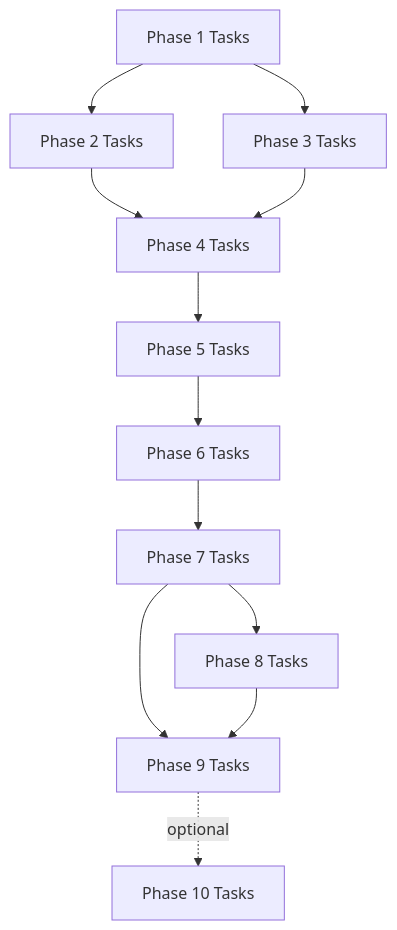
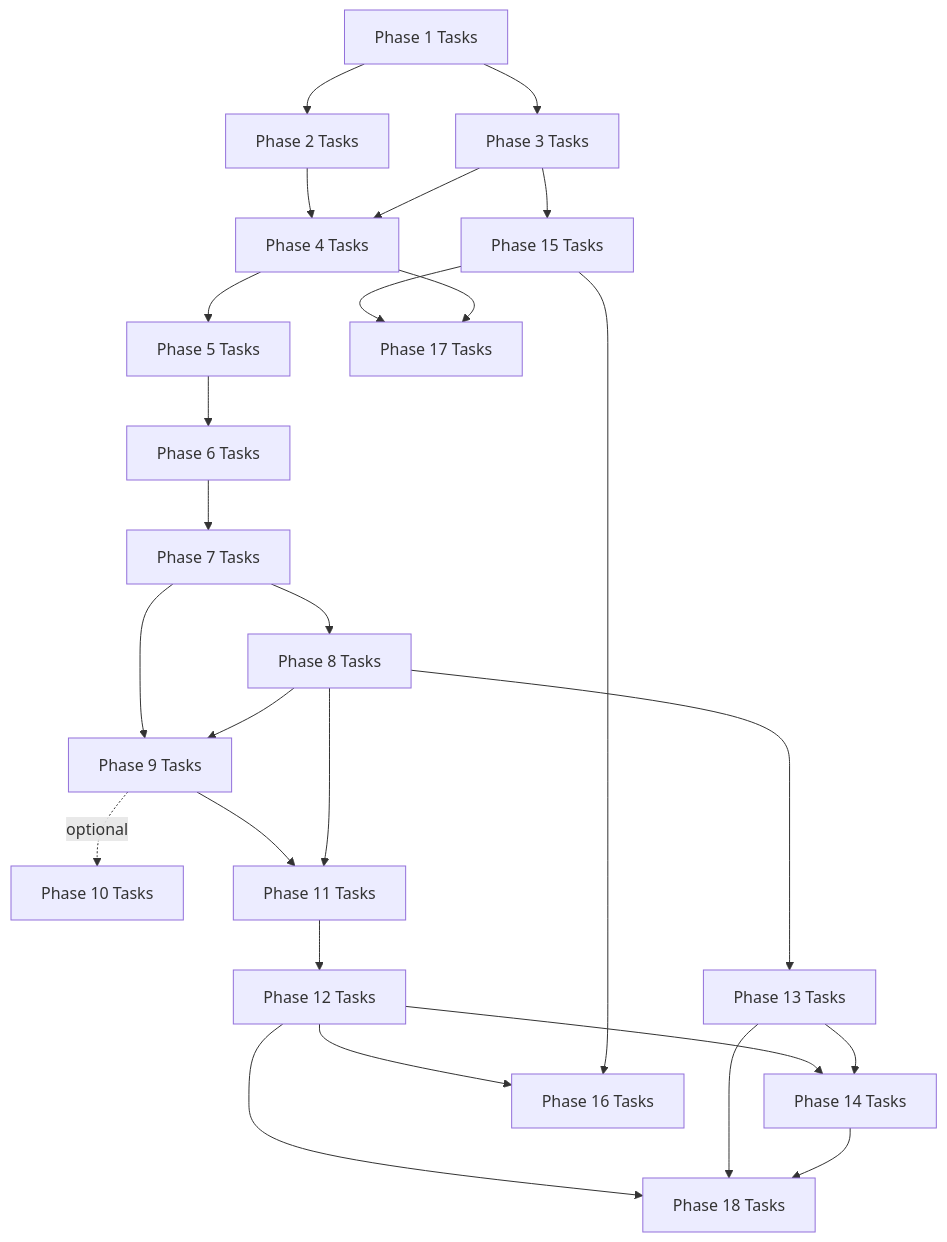
The diagram in docs/roadmap/tasks/README.md (mikecubed/m3OS), drawn with Mermaid before and after one commit. The commit also changed other lines of this file and 21 other files, not shown here.

First line of the commit message:
Add extended roadmap phases 11-18 and Phase 11 task list

````diff
--- a/docs/roadmap/tasks/README.md
+++ b/docs/roadmap/tasks/README.md
@@ -25,24 +25,38 @@
 ```mermaid
 flowchart TD
     P1["Phase 1 Tasks"]
     P2["Phase 2 Tasks"]
     P3["Phase 3 Tasks"]
     P4["Phase 4 Tasks"]
     P5["Phase 5 Tasks"]
     P6["Phase 6 Tasks"]
     P7["Phase 7 Tasks"]
     P8["Phase 8 Tasks"]
     P9["Phase 9 Tasks"]
 
     P1 --> P2
     P1 --> P3
     P2 --> P4
     P3 --> P4
     P4 --> P5
     P5 --> P6
     P6 --> P7
     P7 --> P8
     P7 --> P9
     P8 --> P9
     P9 -.->|optional| P10["Phase 10 Tasks"]
+    P9 --> P11["Phase 11 Tasks"]
+    P8 --> P11
+    P11 --> P12["Phase 12 Tasks"]
+    P8 --> P13["Phase 13 Tasks"]
+    P12 --> P14["Phase 14 Tasks"]
+    P13 --> P14
+    P3 --> P15["Phase 15 Tasks"]
+    P12 --> P16["Phase 16 Tasks"]
+    P15 --> P16
+    P15 --> P17["Phase 17 Tasks"]
+    P4 --> P17
+    P12 --> P18["Phase 18 Tasks"]
+    P13 --> P18
+    P14 --> P18
 ```
````
